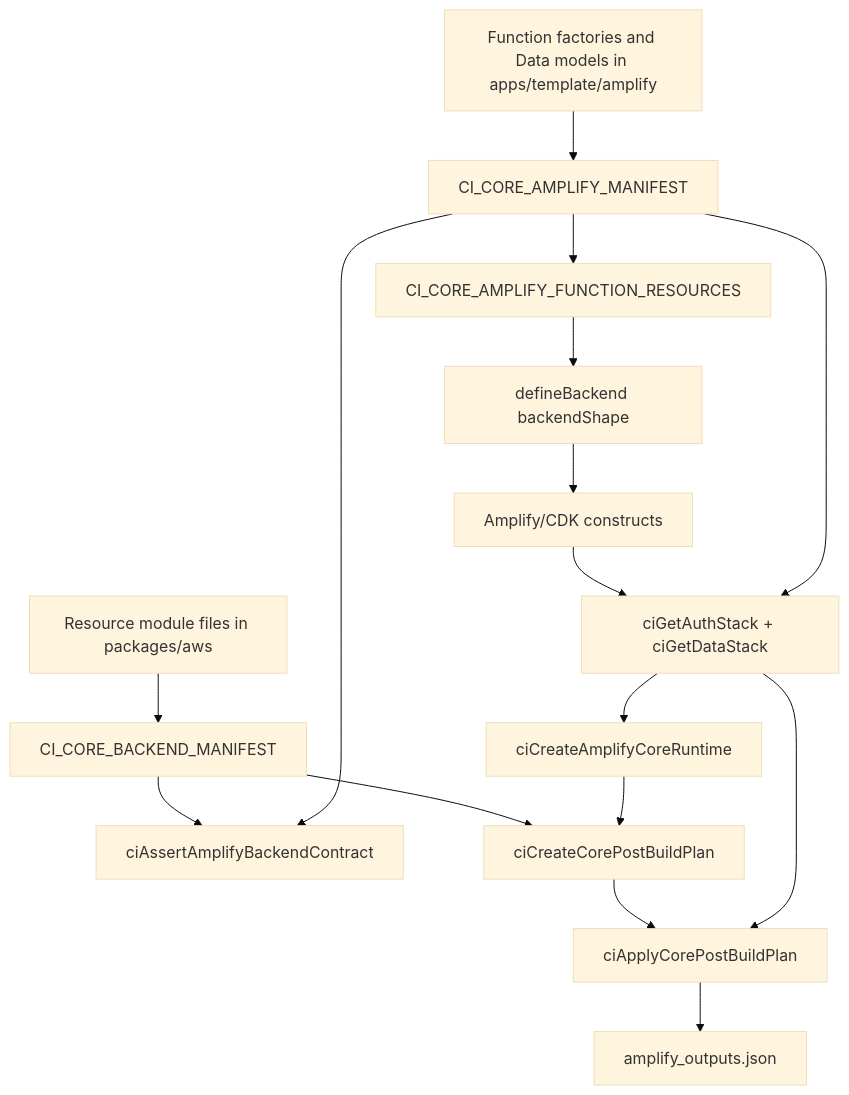
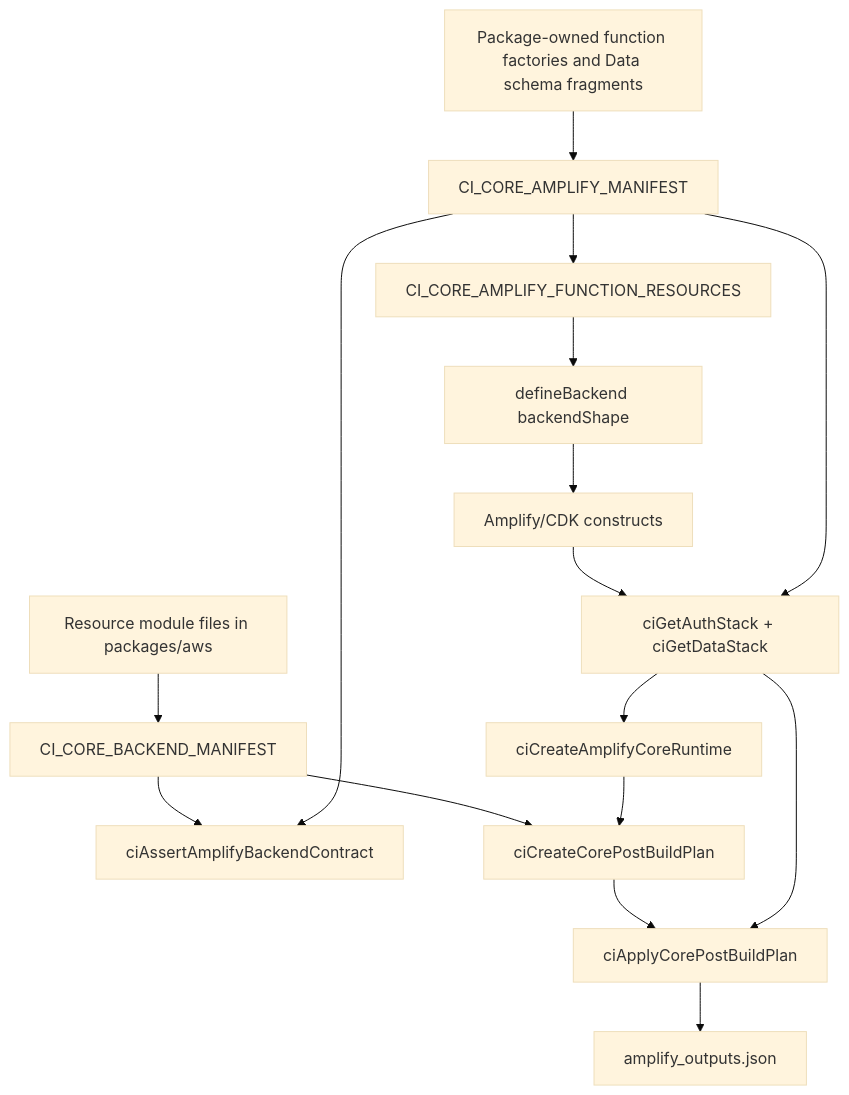
Before and after one commit to Shadi-Ayoub/cloudigniter3-backup: the diagram in developer-guide/company-developers/providers/aws/amplify-backend-strategy.mdx, drawn with Mermaid (base theme). The commit also changed other lines of this file and 624 other files, not shown here.

````diff
--- a/developer-guide/company-developers/providers/aws/amplify-backend-strategy.mdx
+++ b/developer-guide/company-developers/providers/aws/amplify-backend-strategy.mdx
@@ -60,32 +64,32 @@
 ```mermaid
 flowchart TD
   Module[Resource module files in packages/aws]
   PackageManifest[CI_CORE_BACKEND_MANIFEST]
-  AmplifyFiles[Function factories and Data models in apps/template/amplify]
+  AmplifyFiles[Package-owned function factories and Data schema fragments]
   AmplifyManifest[CI_CORE_AMPLIFY_MANIFEST]
   ContractCheck[ciAssertAmplifyBackendContract]
   Shape[CI_CORE_AMPLIFY_FUNCTION_RESOURCES]
   DefineBackend[defineBackend backendShape]
   Constructs[Amplify/CDK constructs]
   StackViews[ciGetAuthStack + ciGetDataStack]
   Runtime[ciCreateAmplifyCoreRuntime]
   Plan[ciCreateCorePostBuildPlan]
   Apply[ciApplyCorePostBuildPlan]
   Outputs[amplify_outputs.json]
 
   Module --> PackageManifest
   AmplifyFiles --> AmplifyManifest
   PackageManifest --> ContractCheck
   AmplifyManifest --> ContractCheck
   AmplifyManifest --> Shape
   Shape --> DefineBackend
   DefineBackend --> Constructs
   Constructs --> StackViews
   AmplifyManifest --> StackViews
   StackViews --> Runtime
   PackageManifest --> Plan
   Runtime --> Plan
   Plan --> Apply
   StackViews --> Apply
   Apply --> Outputs
 ```
````
